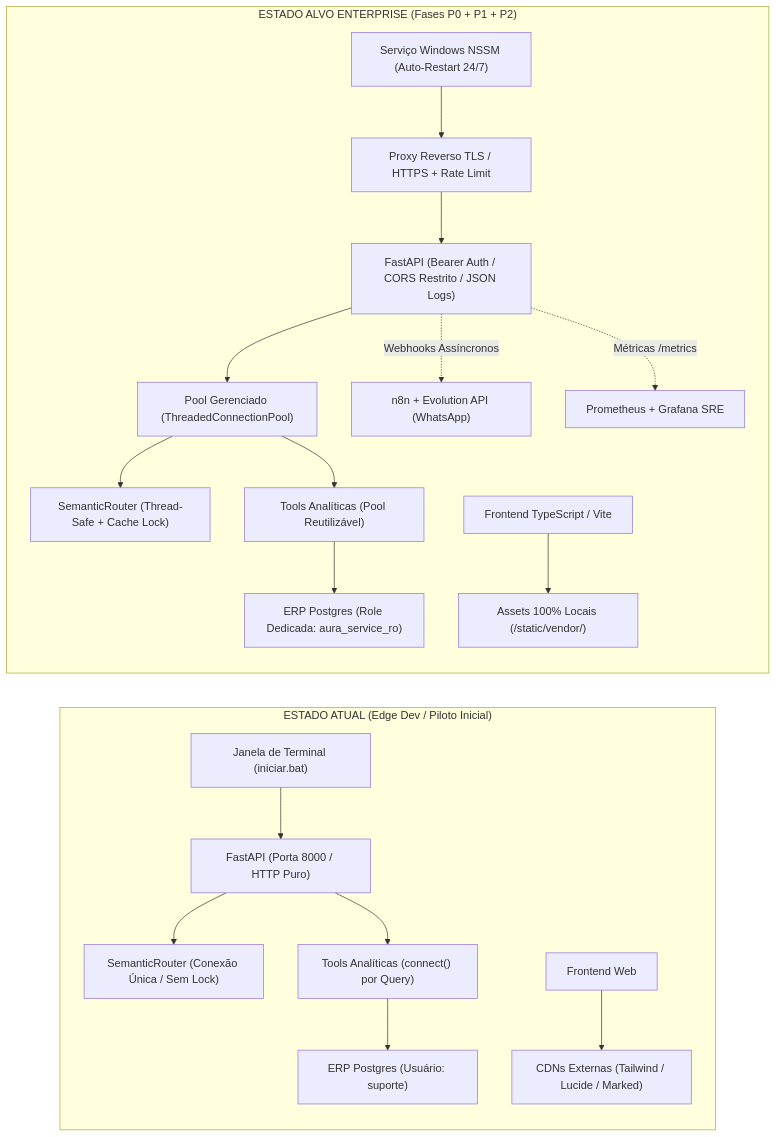
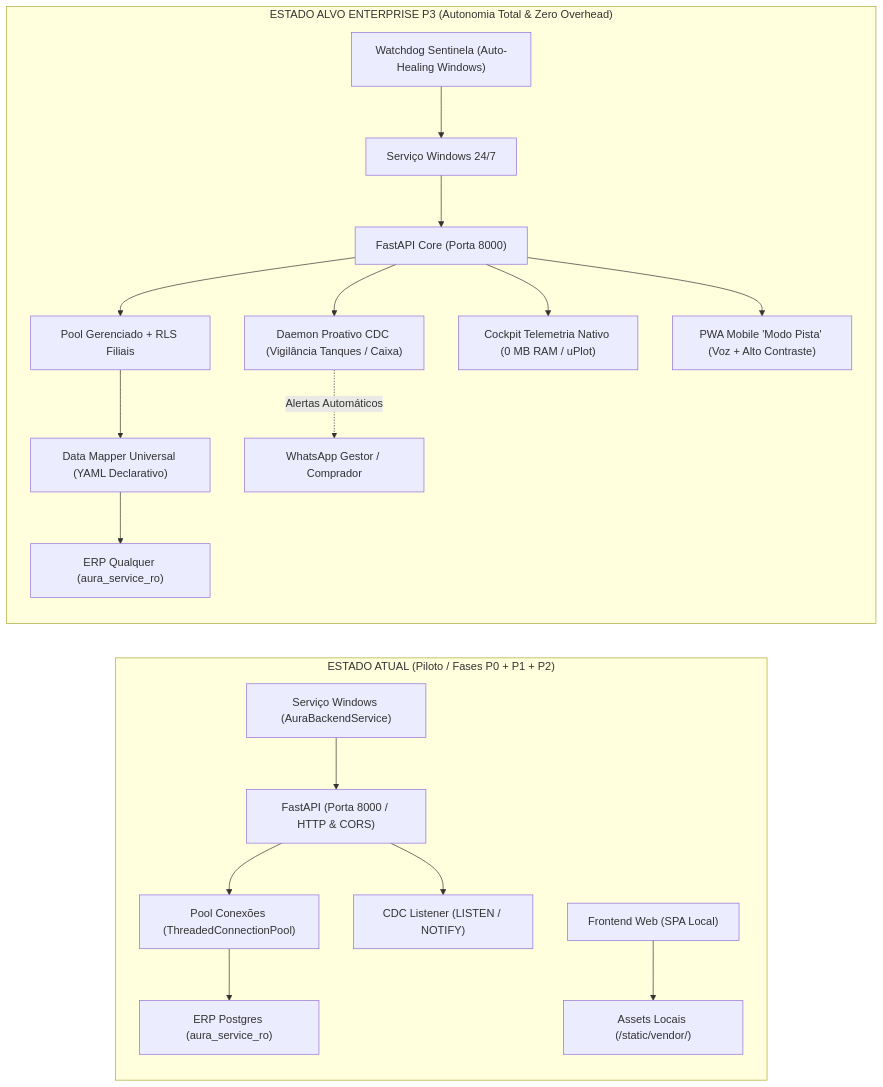
One commit to marlonhms/IA-Local changed the diagram in docs/roadmap_producao_enterprise.md. Above: the diagram before and after it, drawn with Mermaid. The commit also changed other lines of this file, not shown here.

Commit message:
docs(roadmap): acoplar Fase P3 ao roadmap enterprise com observabilidade nativa, alertas proativos CDC e PWA

````diff
--- a/docs/roadmap_producao_enterprise.md
+++ b/docs/roadmap_producao_enterprise.md
@@ -438,24 +528,26 @@
 ```mermaid
 flowchart LR
-    subgraph ATUAL["ESTADO ATUAL (Edge Dev / Piloto Inicial)"]
+    subgraph ATUAL["ESTADO ATUAL (Piloto / Fases P0 + P1 + P2)"]
         direction TB
-        CMD["Janela de Terminal (iniciar.bat)"] --> API_OLD["FastAPI (Porta 8000 / HTTP Puro)"]
-        API_OLD --> ROUTER_OLD["SemanticRouter (Conexão Única / Sem Lock)"]
-        API_OLD --> TOOLS_OLD["Tools Analíticas (connect() por Query)"]
-        TOOLS_OLD --> ERP_OLD["ERP Postgres (Usuário: suporte)"]
-        UI_OLD["Frontend Web"] --> CDN["CDNs Externas (Tailwind / Lucide / Marked)"]
+        NSSM_OLD["Serviço Windows (AuraBackendService)"] --> API_OLD["FastAPI (Porta 8000 / HTTP & CORS)"]
+        API_OLD --> POOL_OLD["Pool Conexões (ThreadedConnectionPool)"]
+        POOL_OLD --> ERP_OLD["ERP Postgres (aura_service_ro)"]
+        API_OLD --> CDC_OLD["CDC Listener (LISTEN / NOTIFY)"]
+        UI_OLD["Frontend Web (SPA Local)"] --> ASSETS_OLD["Assets Locais (/static/vendor/)"]
     end
 
-    subgraph ENTERPRISE["ESTADO ALVO ENTERPRISE (Fases P0 + P1 + P2)"]
+    subgraph ENTERPRISE_P3["ESTADO ALVO ENTERPRISE P3 (Autonomia Total & Zero Overhead)"]
         direction TB
-        NSSM["Serviço Windows NSSM (Auto-Restart 24/7)"] --> CADDY["Proxy Reverso TLS / HTTPS + Rate Limit"]
-        CADDY --> API_NEW["FastAPI (Bearer Auth / CORS Restrito / JSON Logs)"]
-        API_NEW --> POOL["Pool Gerenciado (ThreadedConnectionPool)"]
-        POOL --> ROUTER_NEW["SemanticRouter (Thread-Safe + Cache Lock)"]
-        POOL --> TOOLS_NEW["Tools Analíticas (Pool Reutilizável)"]
-        TOOLS_NEW --> ERP_NEW["ERP Postgres (Role Dedicada: aura_service_ro)"]
-        UI_NEW["Frontend TypeScript / Vite"] --> LOCAL_ASSETS["Assets 100% Locais (/static/vendor/)"]
-        API_NEW -. "Webhooks Assíncronos" .-> N8N_EVO["n8n + Evolution API (WhatsApp)"]
-        API_NEW -. "Métricas /metrics" .-> SRE_GRAFANA["Prometheus + Grafana SRE"]
+        WATCHDOG["Watchdog Sentinela (Auto-Healing Windows)"] --> NSSM_NEW["Serviço Windows 24/7"]
+        NSSM_NEW --> API_NEW["FastAPI Core (Porta 8000)"]
+        API_NEW --> POOL_NEW["Pool Gerenciado + RLS Filiais"]
+        POOL_NEW --> ERP_MAPPER["Data Mapper Universal (YAML Declarativo)"]
+        ERP_MAPPER --> ERP_NEW["ERP Qualquer (aura_service_ro)"]
+        
+        API_NEW --> CDC_PROACTIVE["Daemon Proativo CDC (Vigilância Tanques / Caixa)"]
+        CDC_PROACTIVE -. "Alertas Automáticos" .-> WHATSAPP["WhatsApp Gestor / Comprador"]
+        
+        API_NEW --> NATIVE_SRE["Cockpit Telemetria Nativo (0 MB RAM / uPlot)"]
+        API_NEW --> PWA["PWA Mobile 'Modo Pista' (Voz + Alto Contraste)"]
     end
 ```
````
